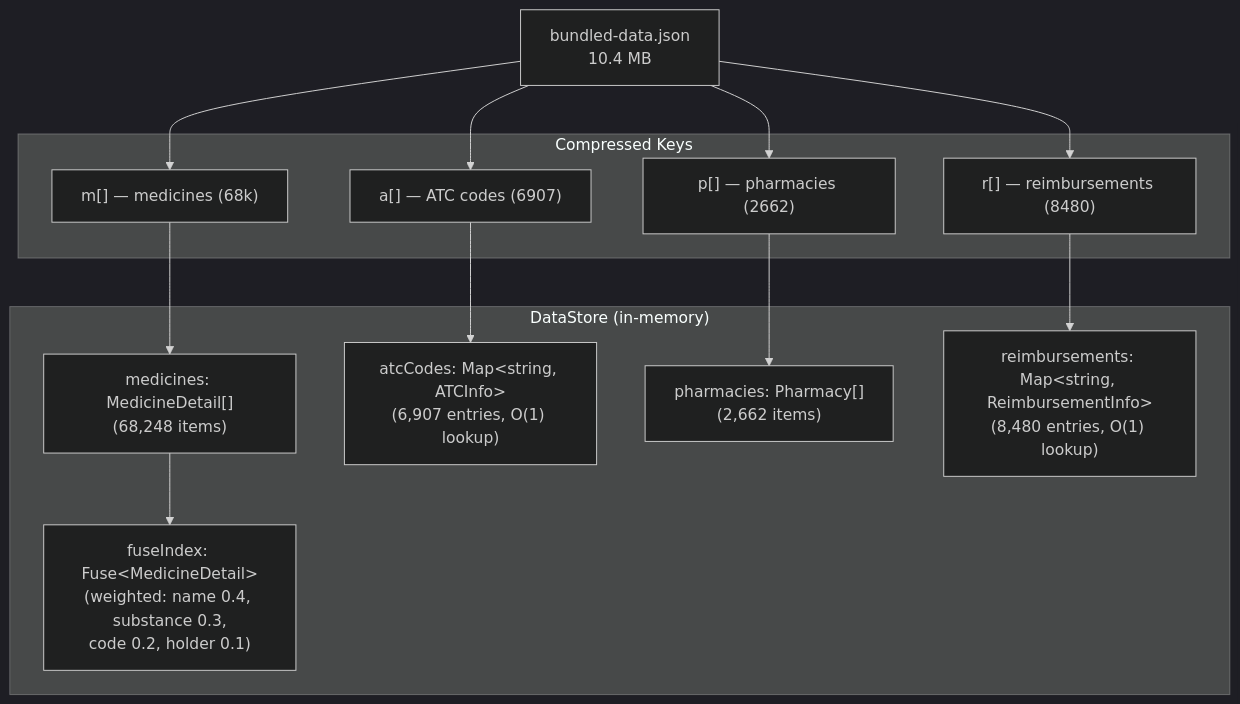
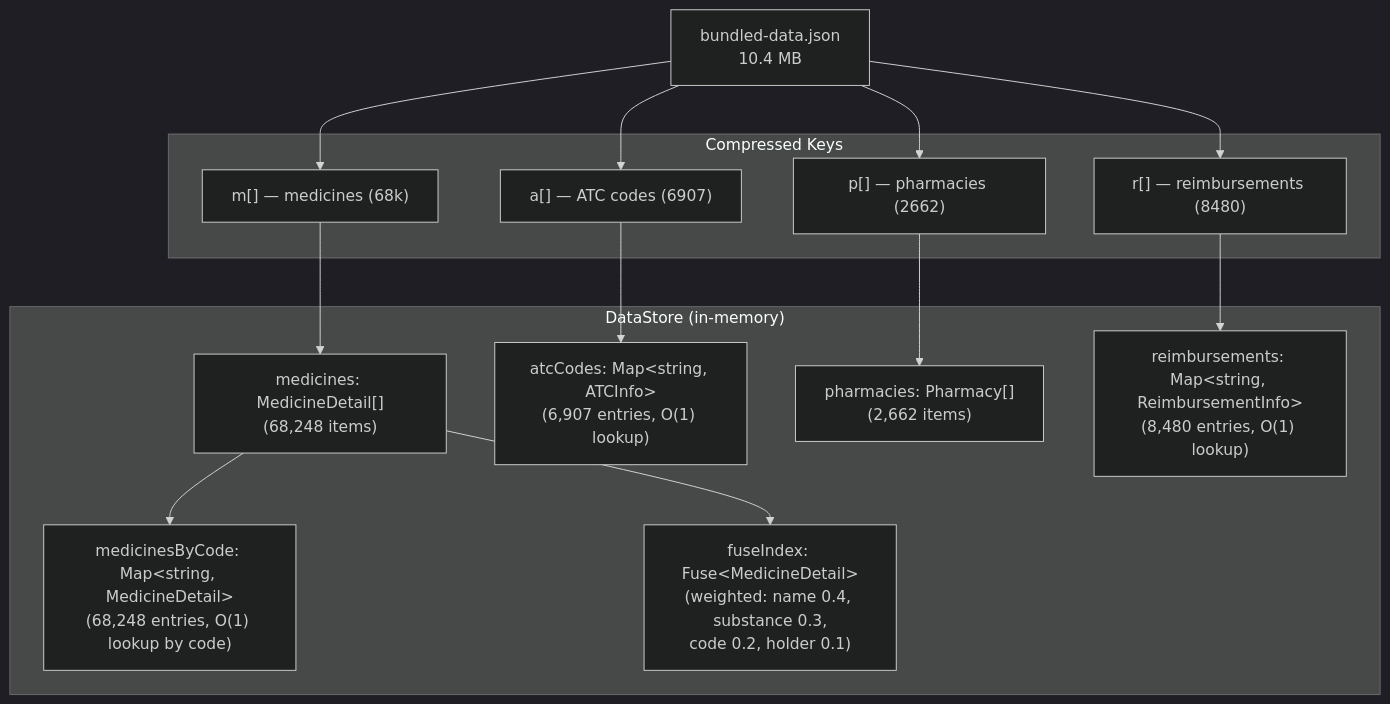
One commit to petrsovadina/SUKL-mcp changed the fourth of 7 diagrams in docs/architecture.md. Above: the diagram before and after it, drawn with Mermaid (dark theme). The commit also changed other lines of this file and 26 other files, not shown here.

````diff
--- a/docs/architecture.md
+++ b/docs/architecture.md
@@ -196,25 +196,27 @@
 ```mermaid
 graph TB
     JSON["bundled-data.json<br/>10.4 MB"]
 
     subgraph "Compressed Keys"
         M["m[] — medicines (68k)"]
         A["a[] — ATC codes (6907)"]
         P["p[] — pharmacies (2662)"]
         R["r[] — reimbursements (8480)"]
     end
 
     subgraph "DataStore (in-memory)"
         Meds["medicines: MedicineDetail[]<br/>(68,248 items)"]
+        MedsByCode["medicinesByCode: Map&lt;string, MedicineDetail&gt;<br/>(68,248 entries, O(1) lookup by code)"]
         ATC["atcCodes: Map&lt;string, ATCInfo&gt;<br/>(6,907 entries, O(1) lookup)"]
         Pharm["pharmacies: Pharmacy[]<br/>(2,662 items)"]
         Reimb["reimbursements: Map&lt;string, ReimbursementInfo&gt;<br/>(8,480 entries, O(1) lookup)"]
         FuseIdx["fuseIndex: Fuse&lt;MedicineDetail&gt;<br/>(weighted: name 0.4, substance 0.3,<br/>code 0.2, holder 0.1)"]
     end
 
     JSON --> M --> Meds
+    Meds --> MedsByCode
     JSON --> A --> ATC
     JSON --> P --> Pharm
     JSON --> R --> Reimb
     Meds --> FuseIdx
 ```
````
